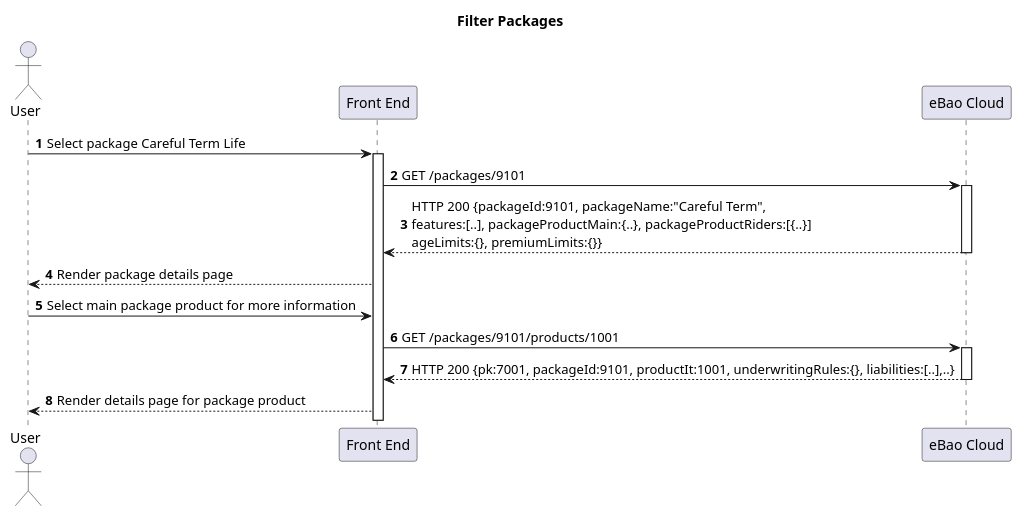
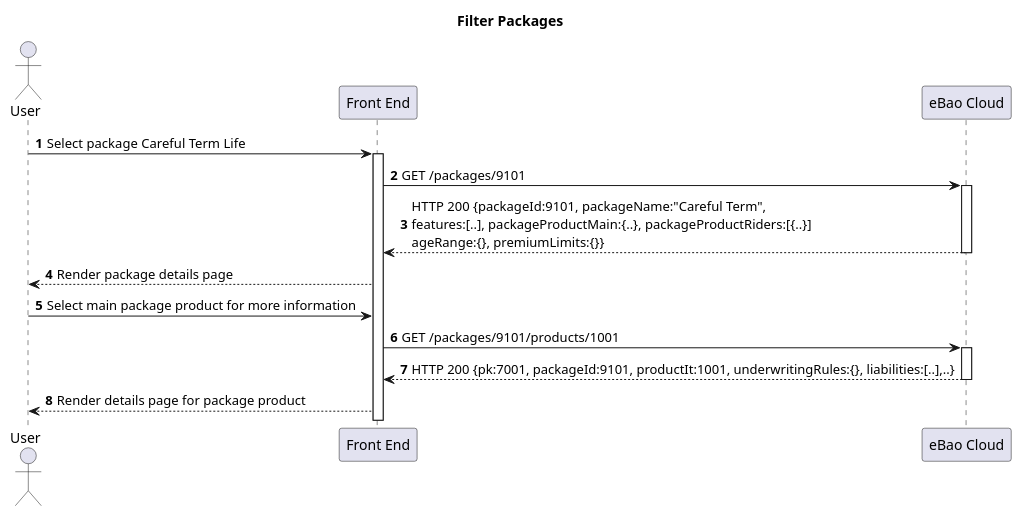
One commit to yitchoong/cloudapi changed the third of 12 diagrams in markdown/products-2.md. Above: the diagram before and after it, drawn with PlantUML. The commit also changed other lines of this file and 5 other files, not shown here.

Commit message:
Changes in yams and markdown files for re-alignment of the resources in the product domain. The Package and Insurer resources are now within the product domain.

````diff
--- a/markdown/products-2.md
+++ b/markdown/products-2.md
@@ -191,21 +197,21 @@
 ```puml
 title **Filter Packages**
 actor "User" as user
 participant "Front End" as front
 participant "eBao Cloud" as ebao
 autonumber
 
 user -> front: Select package Careful Term Life
 activate front
 front -> ebao : GET /packages/9101
 activate ebao
-ebao --> front : HTTP 200 {packageId:9101, packageName:"Careful Term",\nfeatures:[..], packageProductMain:{..}, packageProductRiders:[{..}]\nageLimits:{}, premiumLimits:{}}
+ebao --> front : HTTP 200 {packageId:9101, packageName:"Careful Term",\nfeatures:[..], packageProductMain:{..}, packageProductRiders:[{..}]\nageRange:{}, premiumLimits:{}}
 deactivate ebao
 front --> user : Render package details page
 user -> front : Select main package product for more information
 front -> ebao: GET /packages/9101/products/1001
 activate ebao
 ebao --> front : HTTP 200 {pk:7001, packageId:9101, productIt:1001, underwritingRules:{}, liabilities:[..],..}
 deactivate ebao
 front --> user: Render details page for package product
 ```
````
